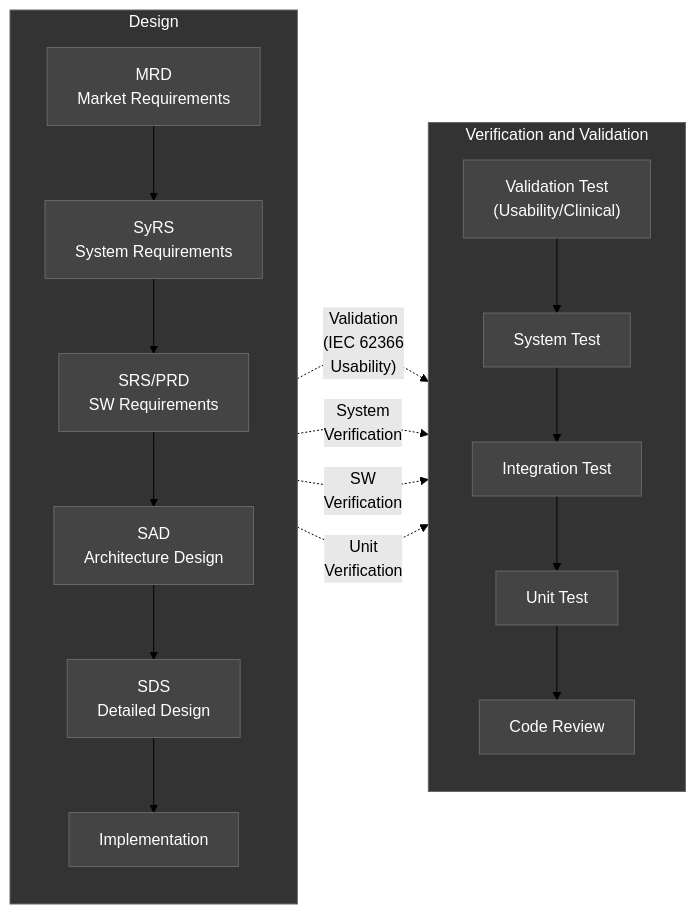
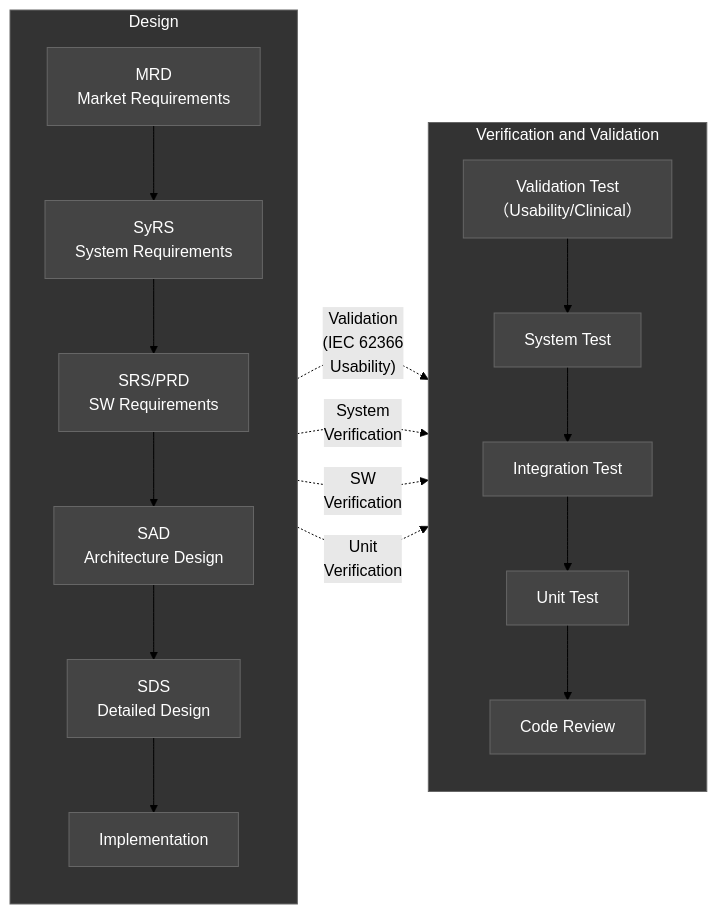
Before and after one commit to holee9/console-gui: the fifth of 7 diagrams in docs/planning/DOC-001_MRD_v3.0.md, drawn with Mermaid (forest theme). The commit also changed other lines of this file and 22 other files, not shown here.

First line of the commit message:
fix: Mermaid flowchart 노드 내 괄호 파싱 오류 전면 수정

````diff
--- a/docs/planning/DOC-001_MRD_v3.0.md
+++ b/docs/planning/DOC-001_MRD_v3.0.md
@@ -609,41 +609,41 @@
 ```mermaid
 flowchart LR
     classDef default fill:#444,stroke:#666,color:#fff
     subgraph Left["Design"]
         direction TB
         MRD_box["MRD\nMarket Requirements"]
         SyRS_box["SyRS\nSystem Requirements"]
         SRS_box["SRS/PRD\nSW Requirements"]
         SAD_box["SAD\nArchitecture Design"]
         SDS_box["SDS\nDetailed Design"]
         Code_box["Implementation"]
 
         MRD_box --> SyRS_box
         SyRS_box --> SRS_box
         SRS_box --> SAD_box
         SAD_box --> SDS_box
         SDS_box --> Code_box
     end
 
     subgraph Right["Verification and Validation"]
         direction TB
-        VT_box["Validation Test\n(Usability/Clinical)"]
+        VT_box["Validation Test\n（Usability/Clinical）"]
         SysT_box["System Test"]
         IntT_box["Integration Test"]
         UnitT_box["Unit Test"]
         Code_box2["Code Review"]
 
         VT_box --> SysT_box
         SysT_box --> IntT_box
         IntT_box --> UnitT_box
         UnitT_box --> Code_box2
     end
 
     MRD_box -.->|"Validation\n(IEC 62366\nUsability)"| VT_box
     SyRS_box -.->|"System\nVerification"| SysT_box
     SRS_box -.->|"SW\nVerification"| IntT_box
     SDS_box -.->|"Unit\nVerification"| UnitT_box
 
     style Left fill:#333,stroke:#666,color:#fff
     style Right fill:#333,stroke:#666,color:#fff
 ```
````
